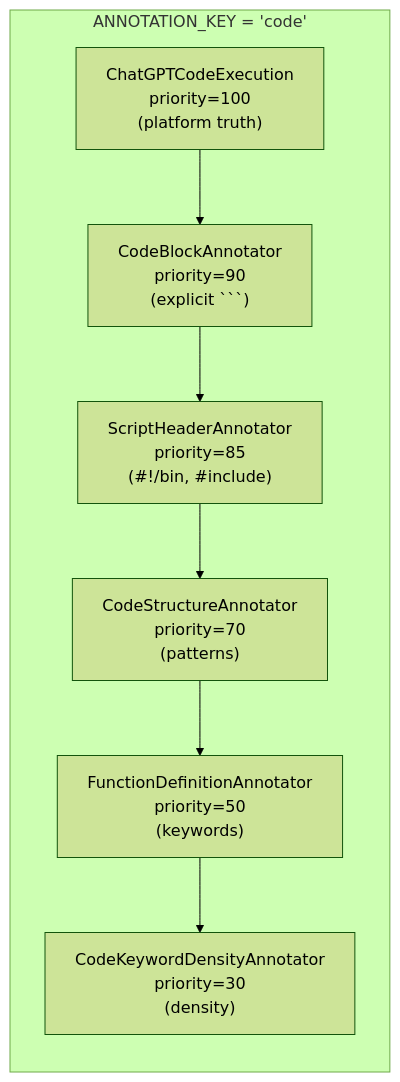
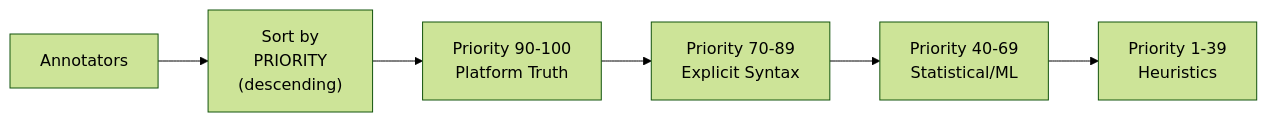
Before and after one commit to dmarx/chat2obs: the diagram in docs/annotators.md, drawn with Mermaid (forest theme). The commit also changed other lines of this file and 7 other files, not shown here.

````diff
--- a/docs/annotators.md
+++ b/docs/annotators.md
@@ -86,14 +359,9 @@
 ```mermaid
 flowchart LR
-    subgraph Key["ANNOTATION_KEY = 'code'"]
-        direction TB
-        P100["ChatGPTCodeExecution<br/>priority=100<br/>(platform truth)"]
-        P90["CodeBlockAnnotator<br/>priority=90<br/>(explicit ```)"]
-        P85["ScriptHeaderAnnotator<br/>priority=85<br/>(#!/bin, #include)"]
-        P70["CodeStructureAnnotator<br/>priority=70<br/>(patterns)"]
-        P50["FunctionDefinitionAnnotator<br/>priority=50<br/>(keywords)"]
-        P30["CodeKeywordDensityAnnotator<br/>priority=30<br/>(density)"]
-    end
+    Start["Annotators"] --> Sort["Sort by<br/>PRIORITY<br/>(descending)"]
     
-    P100 --> P90 --> P85 --> P70 --> P50 --> P30
+    Sort --> P100["Priority 90-100<br/>Platform Truth"]
+    P100 --> P80["Priority 70-89<br/>Explicit Syntax"]
+    P80 --> P50["Priority 40-69<br/>Statistical/ML"]
+    P50 --> P30["Priority 1-39<br/>Heuristics"]
 ```
````
